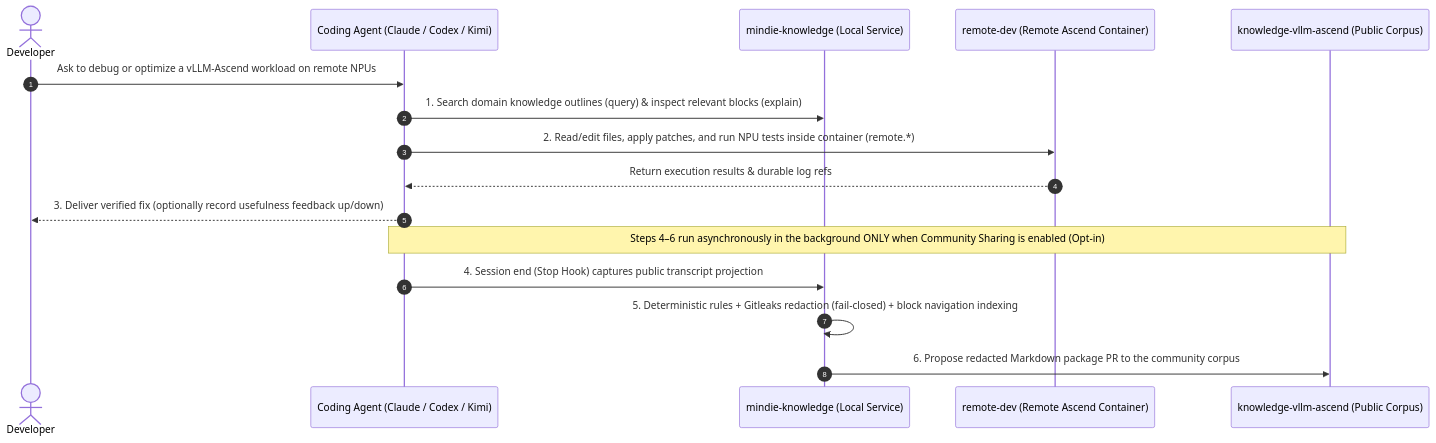
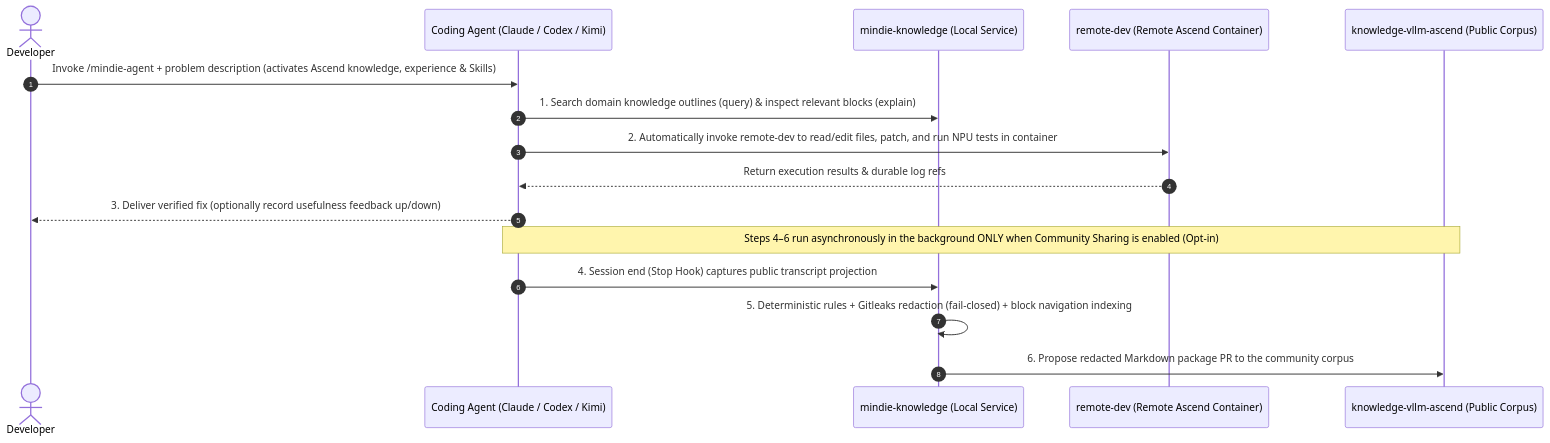
The second of 2 diagrams in README.en.md (Yuli-yx/vllm-ascend-workspace), drawn with Mermaid before and after one commit. The commit also changed other lines of this file and 5 other files, not shown here.

Commit message:
docs: clarify manual /mindie-agent trigger vs default remote-dev auto-trigger with examples (#227)

````diff
--- a/README.en.md
+++ b/README.en.md
@@ -169,19 +169,19 @@
 ```mermaid
 sequenceDiagram
   autonumber
   actor Dev as Developer
   participant Agent as Coding Agent (Claude / Codex / Kimi)
   participant Know as mindie-knowledge (Local Service)
   participant NPU as remote-dev (Remote Ascend Container)
   participant Repo as knowledge-vllm-ascend (Public Corpus)
 
-  Dev->>Agent: Ask to debug or optimize a vLLM-Ascend workload on remote NPUs
+  Dev->>Agent: Invoke /mindie-agent + problem description (activates Ascend knowledge, experience & Skills)
   Agent->>Know: 1. Search domain knowledge outlines (query) & inspect relevant blocks (explain)
-  Agent->>NPU: 2. Read/edit files, apply patches, and run NPU tests inside container (remote.*)
+  Agent->>NPU: 2. Automatically invoke remote-dev to read/edit files, patch, and run NPU tests in container
   NPU-->>Agent: Return execution results & durable log refs
   Agent-->>Dev: 3. Deliver verified fix (optionally record usefulness feedback up/down)
   Note over Agent,Repo: Steps 4–6 run asynchronously in the background ONLY when Community Sharing is enabled (Opt-in)
   Agent->>Know: 4. Session end (Stop Hook) captures public transcript projection
   Know->>Know: 5. Deterministic rules + Gitleaks redaction (fail-closed) + block navigation indexing
   Know->>Repo: 6. Propose redacted Markdown package PR to the community corpus
 ```
````
